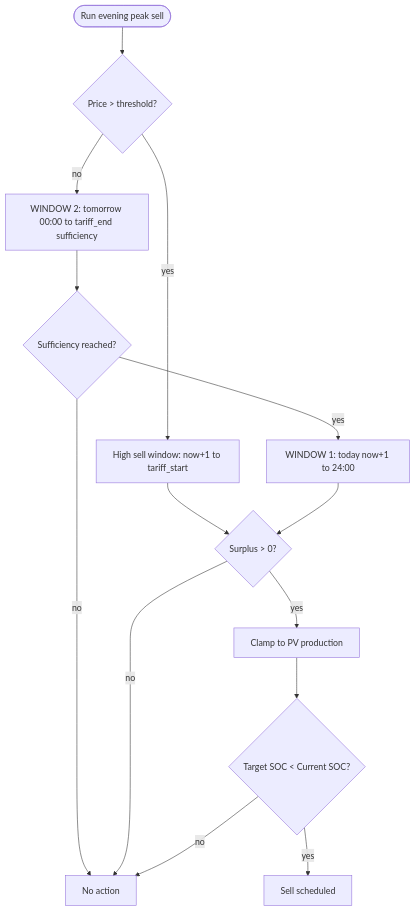
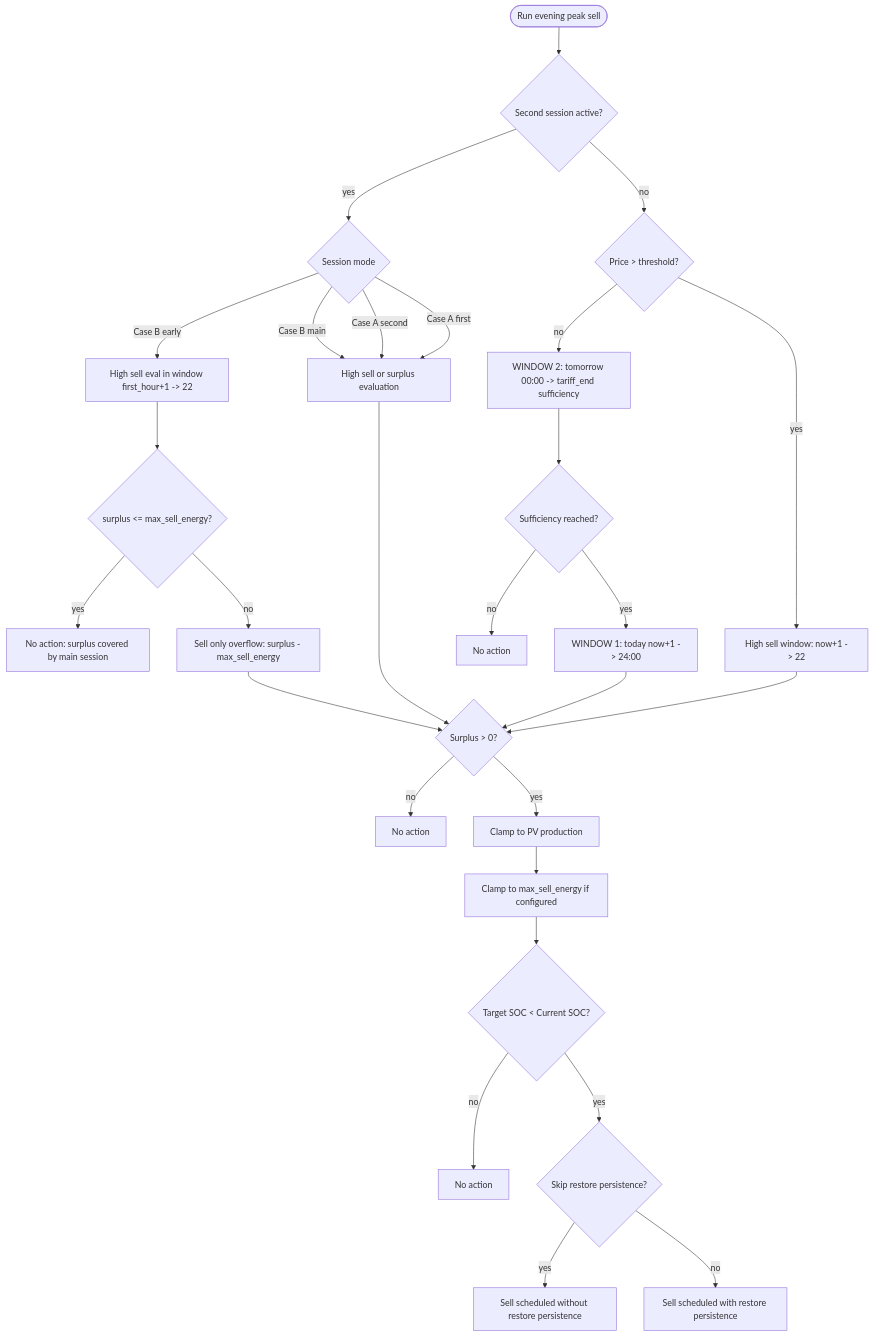
Before and after one commit to plebann/EnergyOptimizer: the diagram in docs/Evening_Peak_Sell_Action.md, drawn with Mermaid. The commit also changed 8 other files, not shown here.

Commit message:
feat: Add support for evening second session sell logic and max sell energy configuration

````diff
--- a/docs/Evening_Peak_Sell_Action.md
+++ b/docs/Evening_Peak_Sell_Action.md
@@ -65,23 +65,36 @@
 ```mermaid
 flowchart TD
-   ES_start([Run evening peak sell]) --> ES_branch{Price > threshold?}
-   ES_no_action[No action]
-   ES_surplus{Surplus > 0?}
-   ES_clamp[Clamp to PV production]
-   ES_target{Target SOC < Current SOC?}
+   ES_start([Run evening peak sell]) --> ES_mode{Second session active?}
+   ES_mode -->|no| ES_branch{Price > threshold?}
+   ES_mode -->|yes| ES_case{Session mode}
 
-   ES_branch -->|yes| HP_inputs[High sell window: now+1 to tariff_start]
+   ES_case -->|Case A first| AB_common[High sell or surplus evaluation]
+   ES_case -->|Case A second| AB_common
+   ES_case -->|Case B early| B1[High sell eval in window first_hour+1 -> 22]
+   ES_case -->|Case B main| AB_common
+
+   B1 --> B1_guard{surplus <= max_sell_energy?}
+   B1_guard -->|yes| ES_no_action[No action: surplus covered by main session]
+   B1_guard -->|no| B1_overflow[Sell only overflow: surplus - max_sell_energy]
+
+   ES_branch -->|yes| HP_inputs[High sell window: now+1 -> 22]
    HP_inputs --> ES_surplus
 
-   ES_branch -->|no| SP_window2[WINDOW 2: tomorrow 00:00 to tariff_end sufficiency]
+   ES_branch -->|no| SP_window2[WINDOW 2: tomorrow 00:00 -> tariff_end sufficiency]
    SP_window2 --> SP_suff{Sufficiency reached?}
-   SP_suff -->|no| ES_no_action
-   SP_suff -->|yes| SP_window1[WINDOW 1: today now+1 to 24:00]
+   SP_suff -->|no| ES_no_action2[No action]
+   SP_suff -->|yes| SP_window1[WINDOW 1: today now+1 -> 24:00]
    SP_window1 --> ES_surplus
 
-   ES_surplus -->|no| ES_no_action
-   ES_surplus -->|yes| ES_clamp
-   ES_clamp --> ES_target
-   ES_target -->|no| ES_no_action
-   ES_target -->|yes| ES_sell[Sell scheduled]
+   AB_common --> ES_surplus
+   B1_overflow --> ES_surplus
+
+   ES_surplus{Surplus > 0?} -->|no| ES_no_action3[No action]
+   ES_surplus -->|yes| ES_clamp_pv[Clamp to PV production]
+   ES_clamp_pv --> ES_clamp_max[Clamp to max_sell_energy if configured]
+   ES_clamp_max --> ES_target{Target SOC < Current SOC?}
+   ES_target -->|no| ES_no_action4[No action]
+   ES_target -->|yes| ES_restore{Skip restore persistence?}
+   ES_restore -->|yes| ES_sell_skip[Sell scheduled without restore persistence]
+   ES_restore -->|no| ES_sell_persist[Sell scheduled with restore persistence]
 ```
````
